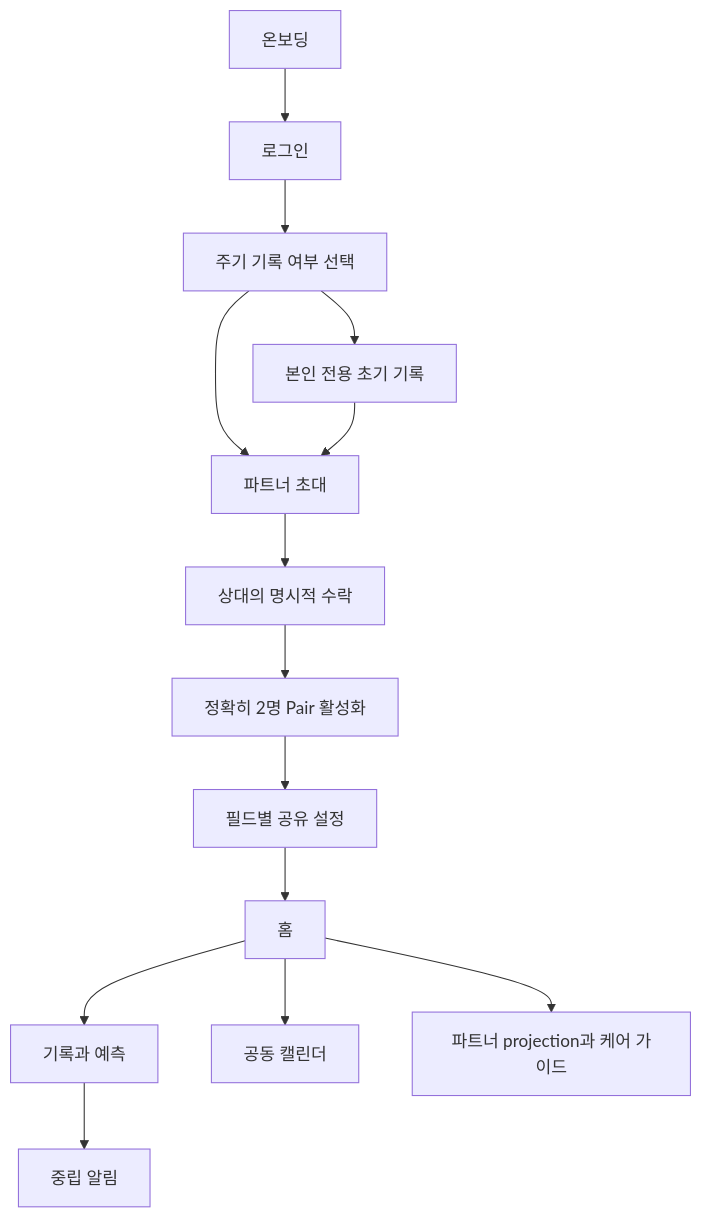
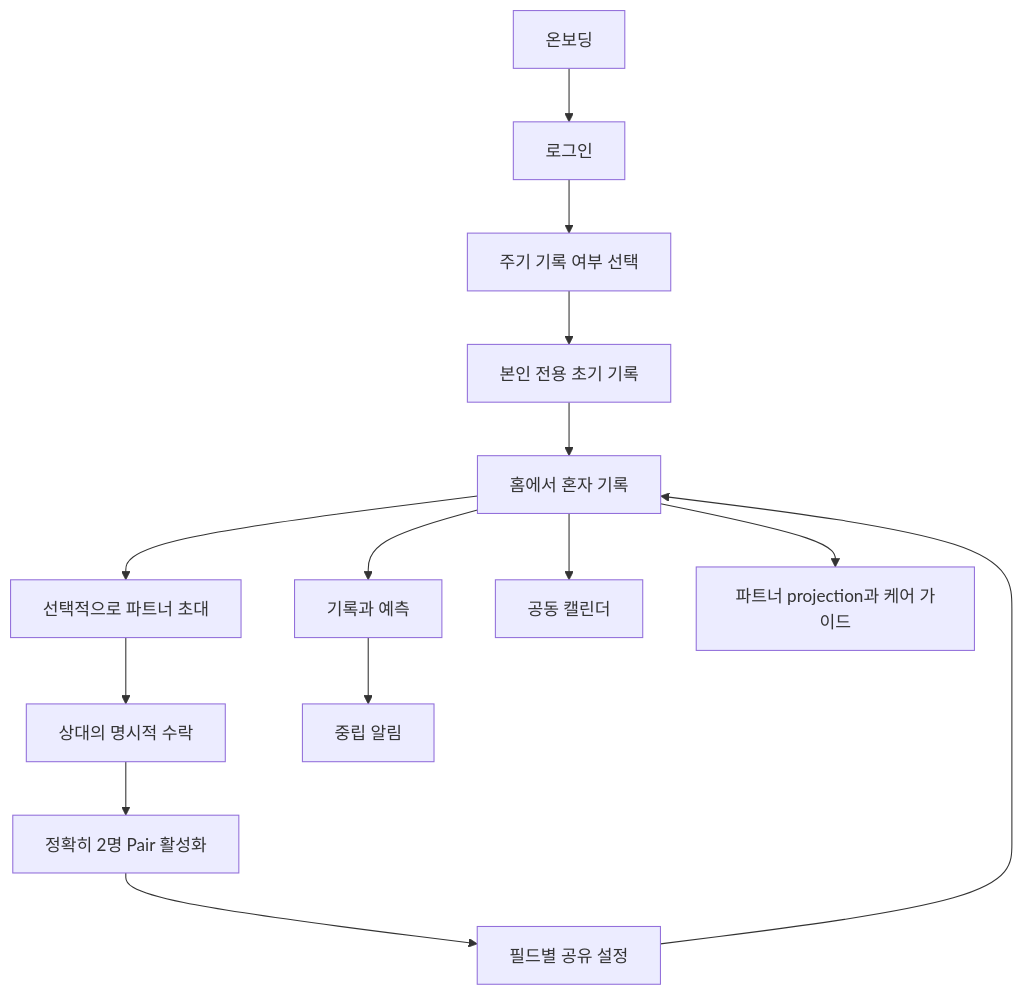
The diagram in docs/product-spec.md (seorilabs/cycle-pair), drawn with Mermaid before and after one commit. The commit also changed other lines of this file and 126 other files, not shown here.

```diff
--- a/docs/product-spec.md
+++ b/docs/product-spec.md
@@ -63,16 +64,16 @@
 ~~~mermaid
 flowchart TD
   A[온보딩] --> B[로그인]
   B --> C[주기 기록 여부 선택]
   C --> D[본인 전용 초기 기록]
-  C --> E[파트너 초대]
-  D --> E
+  D --> I[홈에서 혼자 기록]
+  I --> E[선택적으로 파트너 초대]
   E --> F[상대의 명시적 수락]
   F --> G[정확히 2명 Pair 활성화]
   G --> H[필드별 공유 설정]
-  H --> I[홈]
+  H --> I
   I --> J[기록과 예측]
   I --> K[공동 캘린더]
   I --> L[파트너 projection과 케어 가이드]
   J --> M[중립 알림]
 ~~~
```
